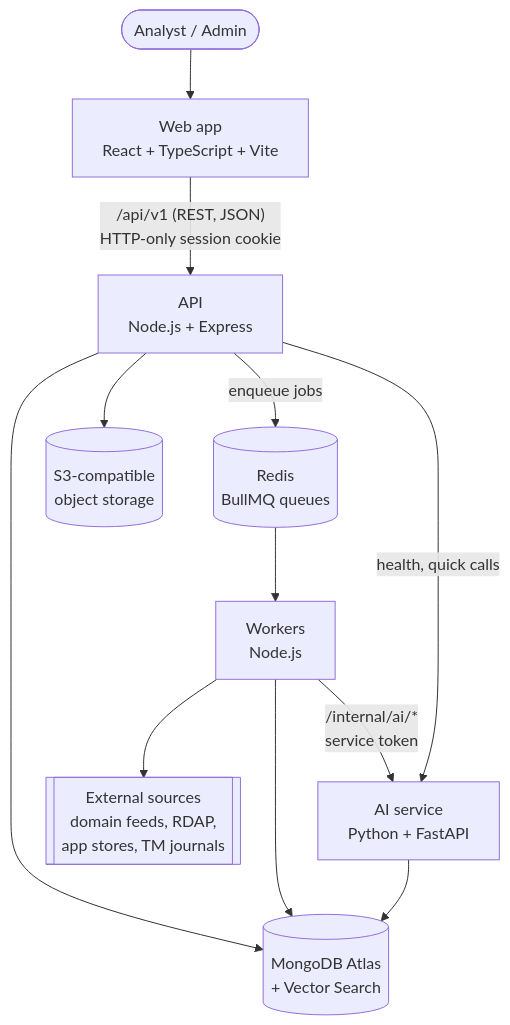
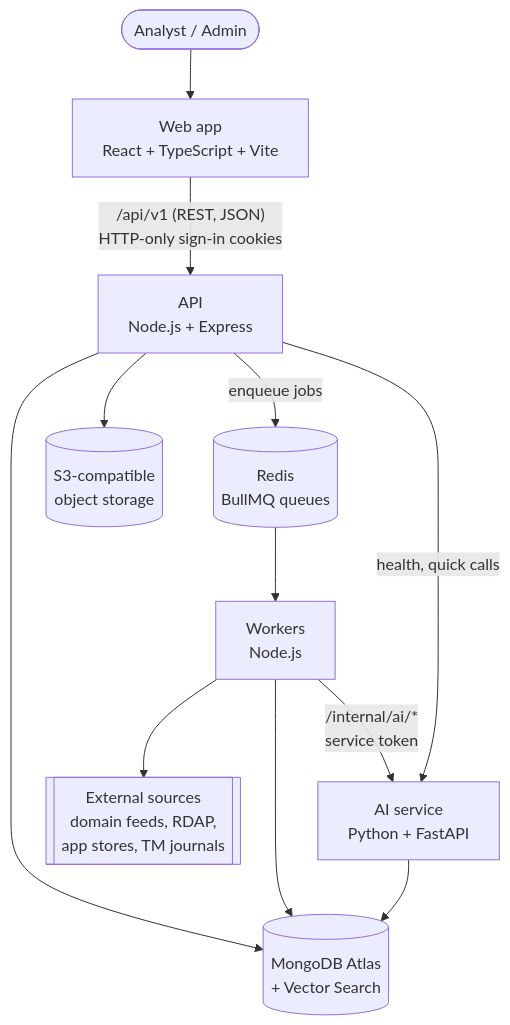
The diagram in docs/ARCHITECTURE.md (yashcod21er/Similo), drawn with Mermaid before and after one commit. The commit also changed other lines of this file and 53 other files, not shown here.

````diff
--- a/docs/ARCHITECTURE.md
+++ b/docs/ARCHITECTURE.md
@@ -7,14 +7,14 @@
 ```mermaid
 flowchart TB
   user([Analyst / Admin]) --> web[Web app<br/>React + TypeScript + Vite]
-  web -- "/api/v1 (REST, JSON)<br/>HTTP-only session cookie" --> api[API<br/>Node.js + Express]
+  web -- "/api/v1 (REST, JSON)<br/>HTTP-only sign-in cookies" --> api[API<br/>Node.js + Express]
   api --> mongo[(MongoDB Atlas<br/>+ Vector Search)]
   api -- enqueue jobs --> redis[(Redis<br/>BullMQ queues)]
   redis --> workers[Workers<br/>Node.js]
   workers -- "/internal/ai/*<br/>service token" --> ai[AI service<br/>Python + FastAPI]
   api -- "health, quick calls" --> ai
   workers --> sources[[External sources<br/>domain feeds, RDAP,<br/>app stores, TM journals]]
   workers --> mongo
   ai --> mongo
   api --> s3[(S3-compatible<br/>object storage)]
 ```
````
